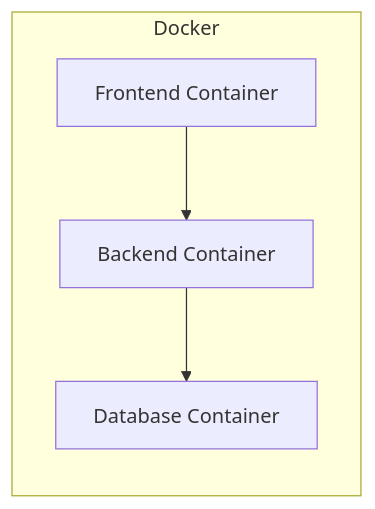
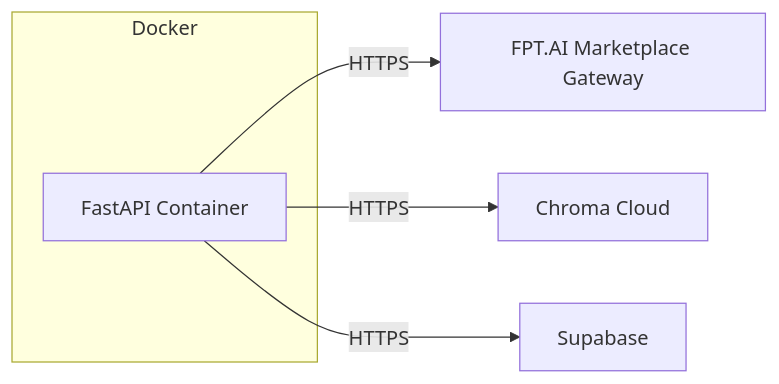
One commit to luongducthangDS/Enterprise-Document-Intelligence changed the second of 2 diagrams in ARCHITECTURE.md. Above: the diagram before and after it, drawn with Mermaid. The commit also changed other lines of this file and 38 other files, not shown here.

````diff
--- a/ARCHITECTURE.md
+++ b/ARCHITECTURE.md
@@ -86,9 +86,9 @@
 ```mermaid
 graph LR
     subgraph Docker
-        FE[Frontend Container]
-        BE[Backend Container]
-        DB_C[Database Container]
+        BE[FastAPI Container]
     end
-    FE --> BE --> DB_C
+    BE -->|HTTPS| FPT[FPT.AI Marketplace Gateway]
+    BE -->|HTTPS| Chroma[Chroma Cloud]
+    BE -->|HTTPS| Supabase[Supabase]
 ```
````
